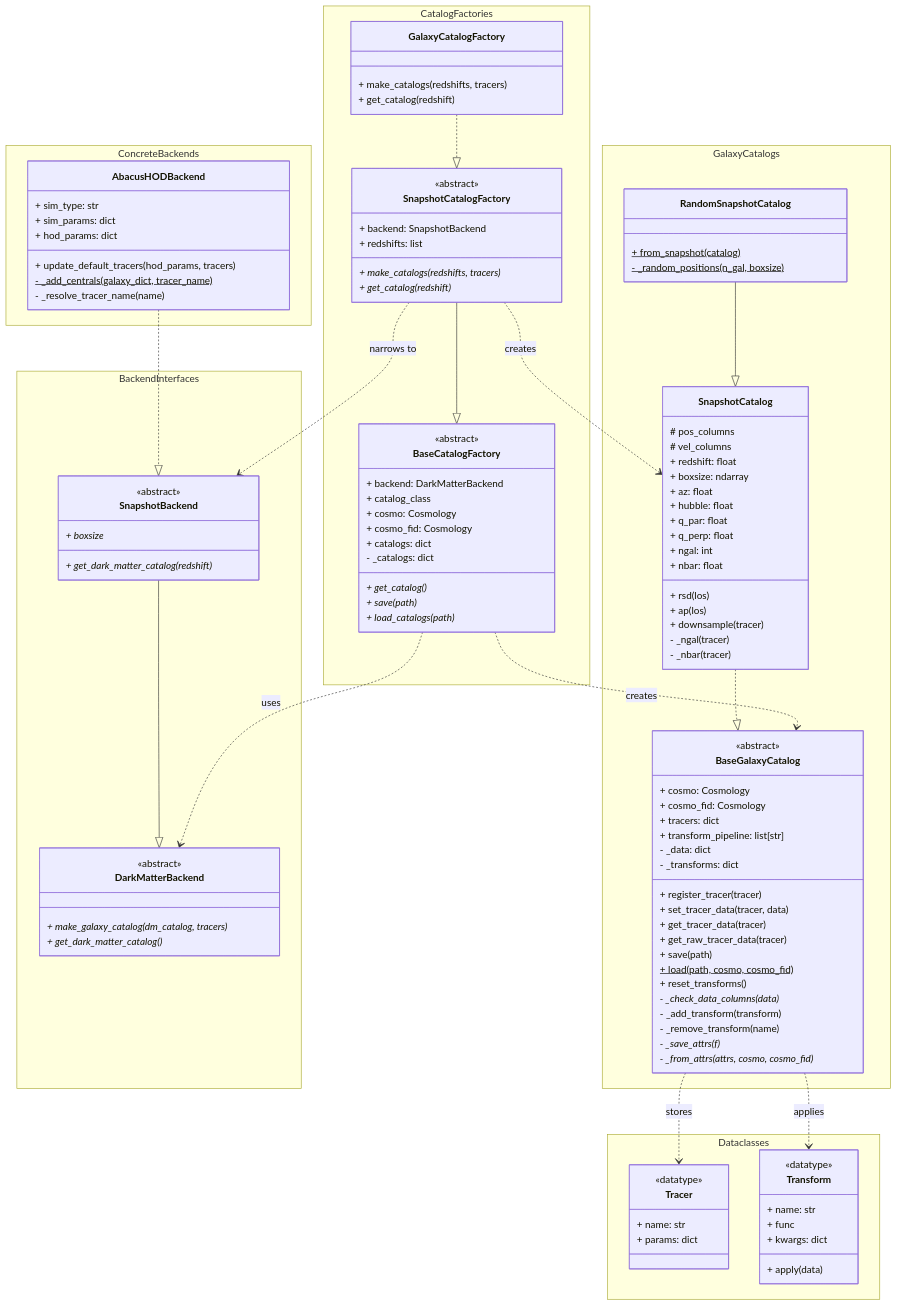
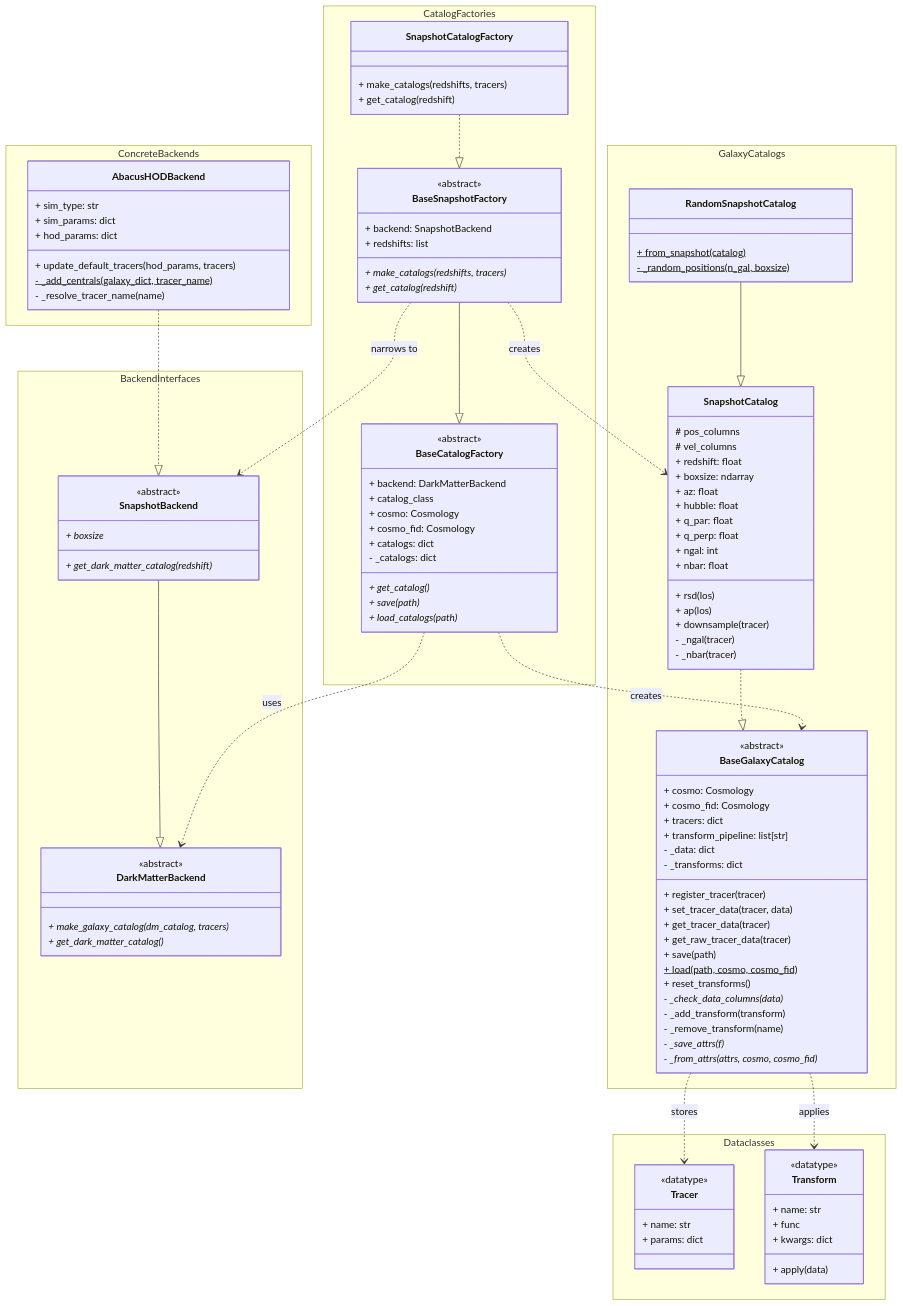
The diagram in acm/catalogs/README.md (epaillas/acm), drawn with Mermaid before and after one commit. The commit also changed 5 other files, not shown here.

Commit message:
fix: rename classes for better clarity in architecture

````diff
--- a/acm/catalogs/README.md
+++ b/acm/catalogs/README.md
@@ -56,20 +56,20 @@
             + save(path)*
             + load_catalogs(path)*
         }
-        class SnapshotCatalogFactory {
+        class BaseSnapshotFactory {
             <<abstract>>
             + backend: SnapshotBackend
             + redshifts: list
             + make_catalogs(redshifts, tracers)*
             + get_catalog(redshift)*
         }
-        class GalaxyCatalogFactory {
+        class SnapshotCatalogFactory {
             + make_catalogs(redshifts, tracers)
             + get_catalog(redshift)
         }
     }
-    SnapshotCatalogFactory --|> BaseCatalogFactory
-    GalaxyCatalogFactory ..|> SnapshotCatalogFactory
+    BaseSnapshotFactory --|> BaseCatalogFactory
+    SnapshotCatalogFactory ..|> BaseSnapshotFactory
 
     namespace Galaxy Catalogs {
         class BaseGalaxyCatalog {
@@ -121,8 +121,8 @@
     %% Cross-namespace dependencies
     BaseCatalogFactory ..> DarkMatterBackend : uses
     BaseCatalogFactory ..> BaseGalaxyCatalog : creates
-    SnapshotCatalogFactory ..> SnapshotBackend : narrows to
-    SnapshotCatalogFactory ..> SnapshotCatalog : creates
+    BaseSnapshotFactory ..> SnapshotBackend : narrows to
+    BaseSnapshotFactory ..> SnapshotCatalog : creates
     BaseGalaxyCatalog ..> Tracer : stores
     BaseGalaxyCatalog ..> Transform : applies
 ```
````
